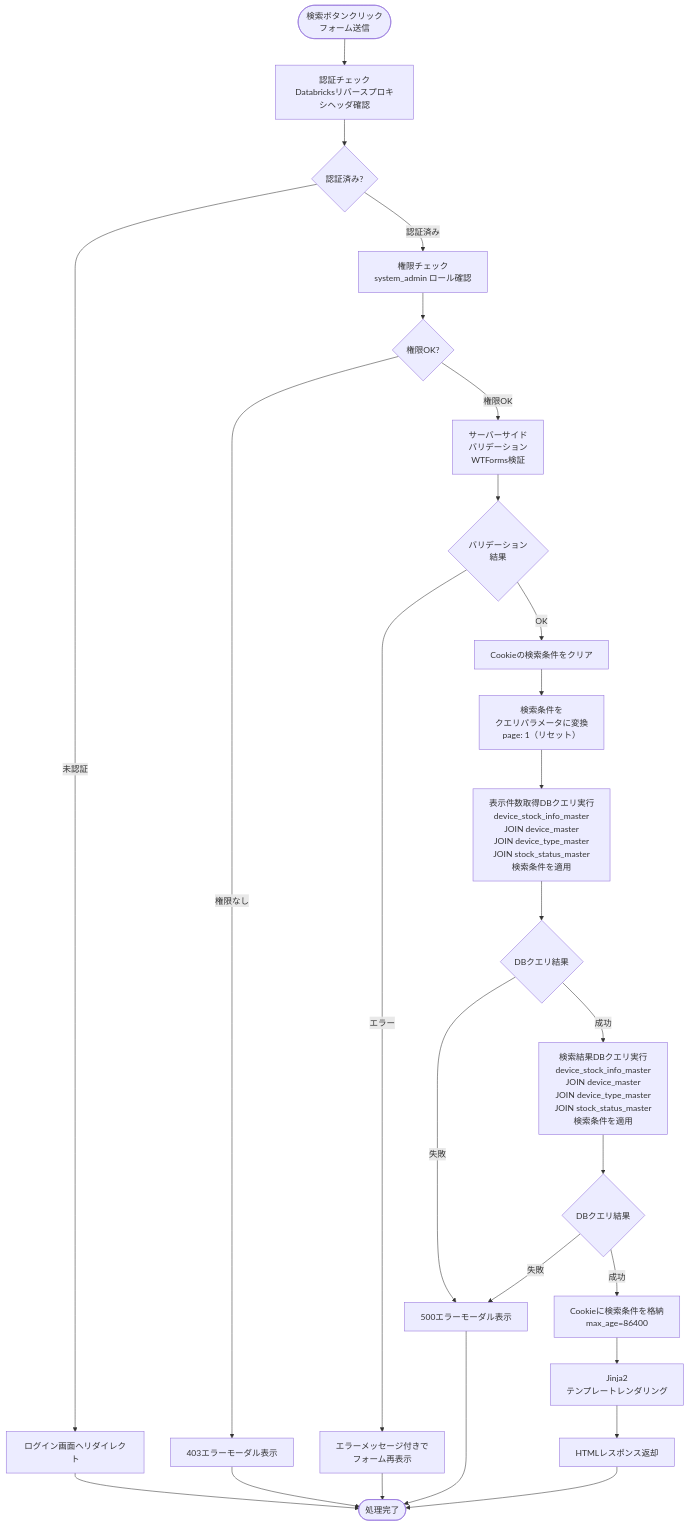
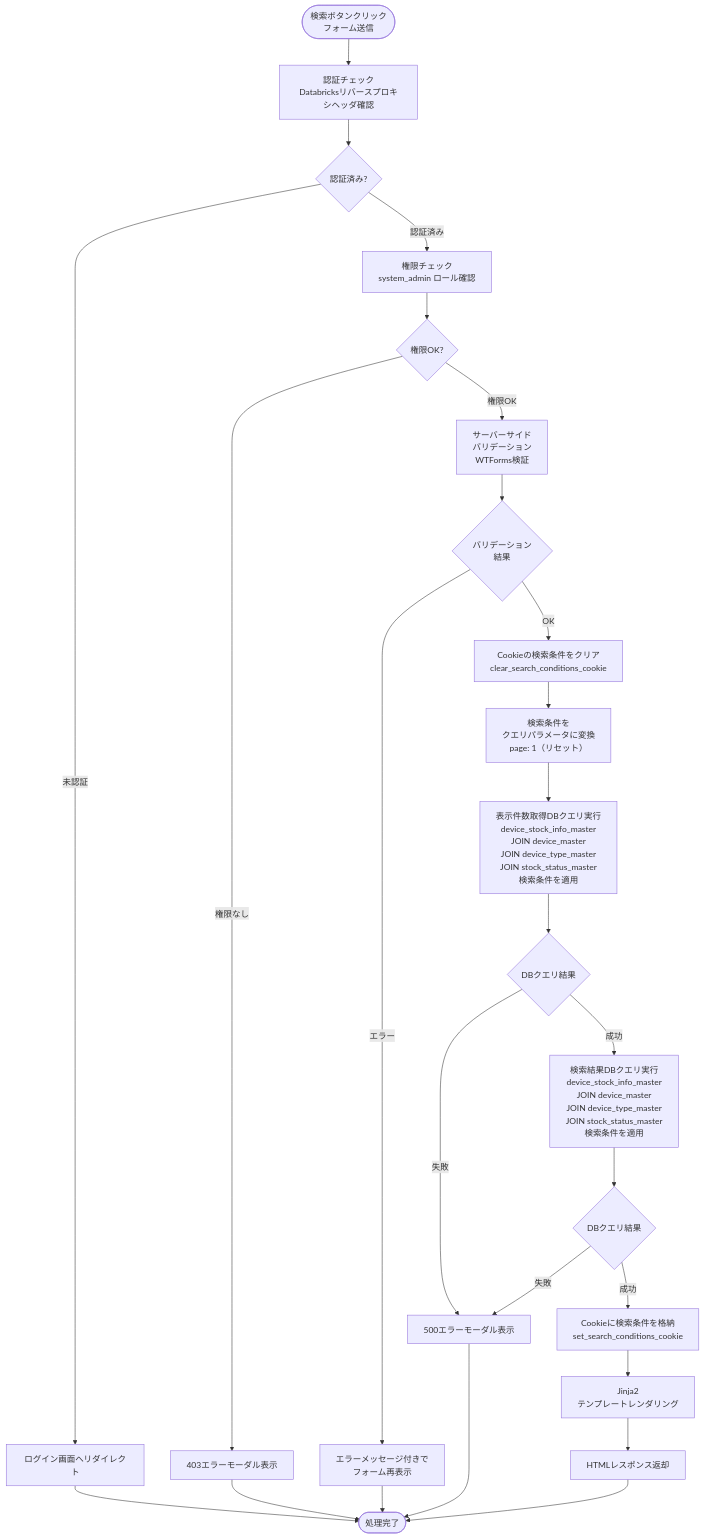
One commit to NSW-SVCP-AIWG002/Databricks-IoT changed the second of 9 diagrams in docs/03-features/flask-app/device-inventory/workflow-specification.md. Above: the diagram before and after it, drawn with Mermaid. The commit also changed other lines of this file and 2 other files, not shown here.

````diff
--- a/docs/03-features/flask-app/device-inventory/workflow-specification.md
+++ b/docs/03-features/flask-app/device-inventory/workflow-specification.md
@@ -293,36 +296,36 @@
 ```mermaid
 flowchart TD
     Start([検索ボタンクリック<br>フォーム送信]) --> Auth[認証チェック<br>Databricksリバースプロキシヘッダ確認]
     Auth --> CheckAuth{認証済み?}
     CheckAuth -->|未認証| Error401[ログイン画面へリダイレクト]
     Error401 --> End([処理完了])
 
     CheckAuth -->|認証済み| Permission[権限チェック<br>system_admin ロール確認]
     Permission --> CheckPerm{権限OK?}
     CheckPerm -->|権限なし| Error403[403エラーモーダル表示]
     Error403 --> End
 
     CheckPerm -->|権限OK| Validate[サーバーサイド<br>バリデーション<br>WTForms検証]
     Validate --> ValidCheck{バリデーション<br>結果}
 
     ValidCheck -->|エラー| ValidError[エラーメッセージ付きで<br>フォーム再表示]
     ValidError --> End
 
-    ValidCheck -->|OK| ClearCookie[Cookieの検索条件をクリア]
+    ValidCheck -->|OK| ClearCookie[Cookieの検索条件をクリア<br>clear_search_conditions_cookie]
     ClearCookie --> Convert[検索条件を<br>クエリパラメータに変換<br>page: 1（リセット）]
     Convert --> Count[表示件数取得DBクエリ実行<br>device_stock_info_master<br>JOIN device_master<br>JOIN device_type_master<br>JOIN stock_status_master<br>検索条件を適用]
     Count --> CheckDB{DBクエリ結果}
 
     CheckDB -->|失敗| Error500[500エラーモーダル表示]
     Error500 --> End
 
     CheckDB -->|成功| Query[検索結果DBクエリ実行<br>device_stock_info_master<br>JOIN device_master<br>JOIN device_type_master<br>JOIN stock_status_master<br>検索条件を適用]
     Query --> CheckDB2{DBクエリ結果}
 
     CheckDB2 -->|失敗| Error500
 
-    CheckDB2 -->|成功| PutParams[Cookieに検索条件を格納<br>max_age=86400]
+    CheckDB2 -->|成功| PutParams[Cookieに検索条件を格納<br>set_search_conditions_cookie]
     PutParams --> Template[Jinja2<br>テンプレートレンダリング]
     Template --> Response[HTMLレスポンス返却]
     Response --> End
 ```
````
